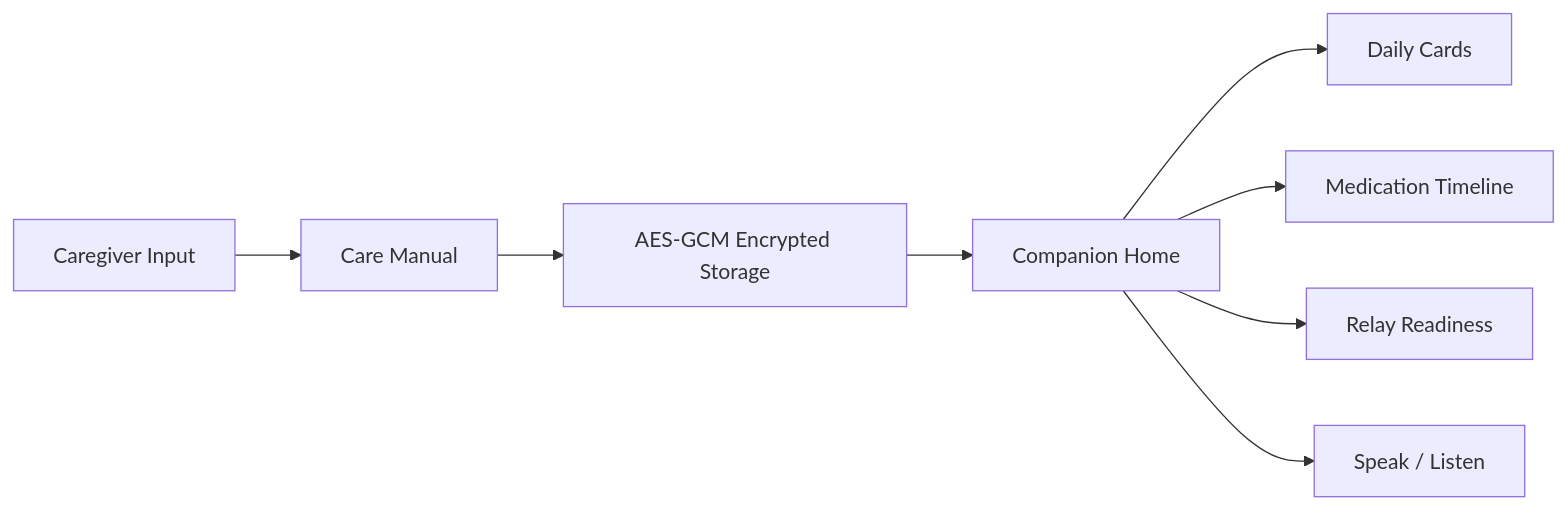
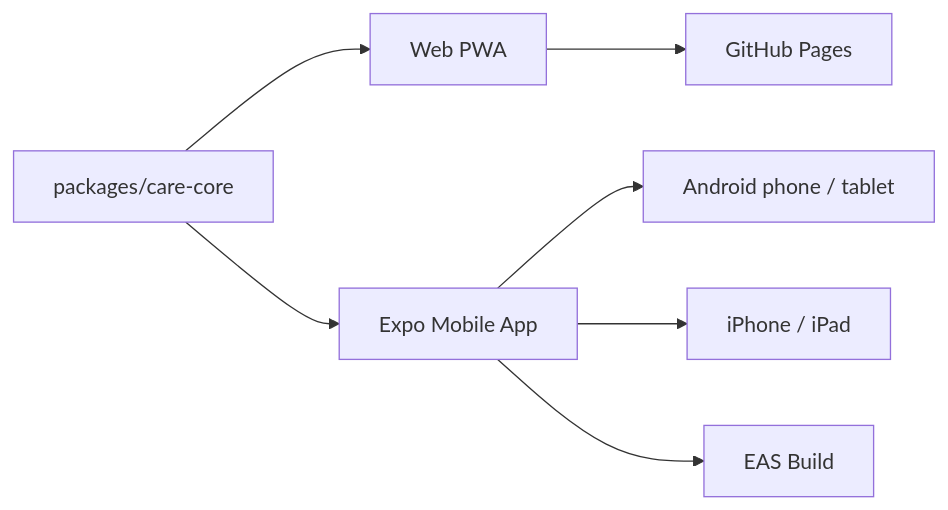
One commit to sinmb79/careguardian-ai changed the first of 2 diagrams in README.en.md. Above: the diagram before and after it, drawn with Mermaid. The commit also changed other lines of this file and 56 other files, not shown here.

Commit message:
feat: add expo mobile delivery foundation

````diff
--- a/README.en.md
+++ b/README.en.md
@@ -6,10 +6,9 @@
 ```mermaid
 flowchart LR
-  A["Caregiver Input"] --> B["Care Manual"]
-  B --> C["AES-GCM Encrypted Storage"]
-  C --> D["Companion Home"]
-  D --> E["Daily Cards"]
-  D --> F["Medication Timeline"]
-  D --> G["Relay Readiness"]
-  D --> H["Speak / Listen"]
+  Core["packages/care-core"] --> Web["Web PWA"]
+  Core --> Mobile["Expo Mobile App"]
+  Web --> Pages["GitHub Pages"]
+  Mobile --> Android["Android phone / tablet"]
+  Mobile --> IOS["iPhone / iPad"]
+  Mobile --> EAS["EAS Build"]
 ```
````
